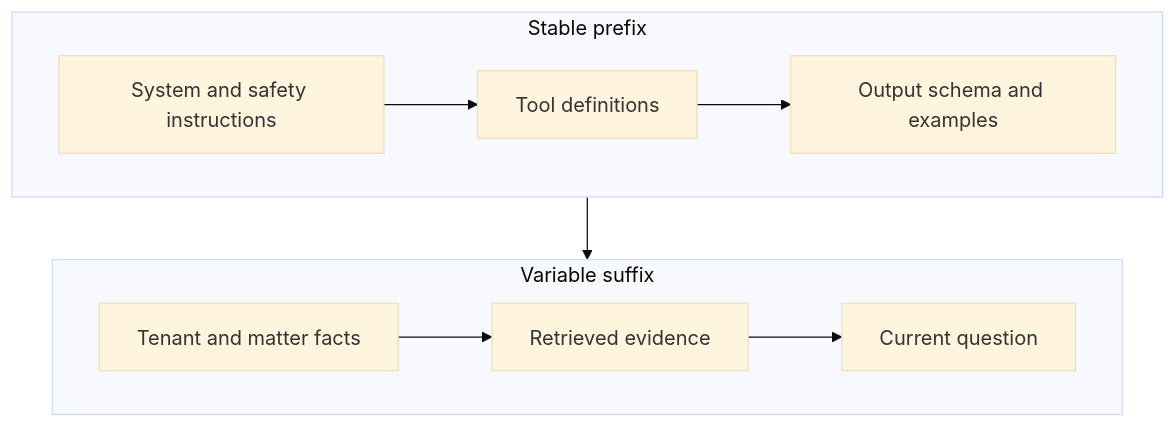
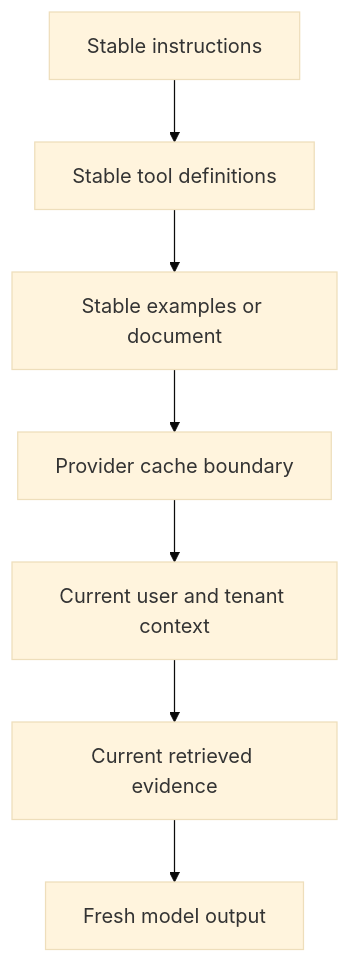
The second of 8 diagrams in roadmaps/mlops/modules/llmops/cost-and-deployment/02-caching-and-limits.md (senlinyy/dev-roadmaps), drawn with Mermaid (base theme) before and after one commit. The commit also changed other lines of this file and 198 other files, not shown here.

````diff
--- a/roadmaps/mlops/modules/llmops/cost-and-deployment/02-caching-and-limits.md
+++ b/roadmaps/mlops/modules/llmops/cost-and-deployment/02-caching-and-limits.md
@@ -51,12 +112,9 @@
 ```mermaid
-flowchart TB
-    subgraph Stable["Stable prefix"]
-        S1["System and safety instructions"] --> S2["Tool definitions"]
-        S2 --> S3["Output schema and examples"]
-    end
-    subgraph Variable["Variable suffix"]
-        V1["Tenant and matter facts"] --> V2["Retrieved evidence"]
-        V2 --> V3["Current question"]
-    end
-    Stable --> Variable
+flowchart TD
+    A["Stable instructions"] --> B["Stable tool definitions"]
+    B --> C["Stable examples or document"]
+    C --> D["Provider cache boundary"]
+    D --> E["Current user and tenant context"]
+    E --> F["Current retrieved evidence"]
+    F --> G["Fresh model output"]
 ```
````
